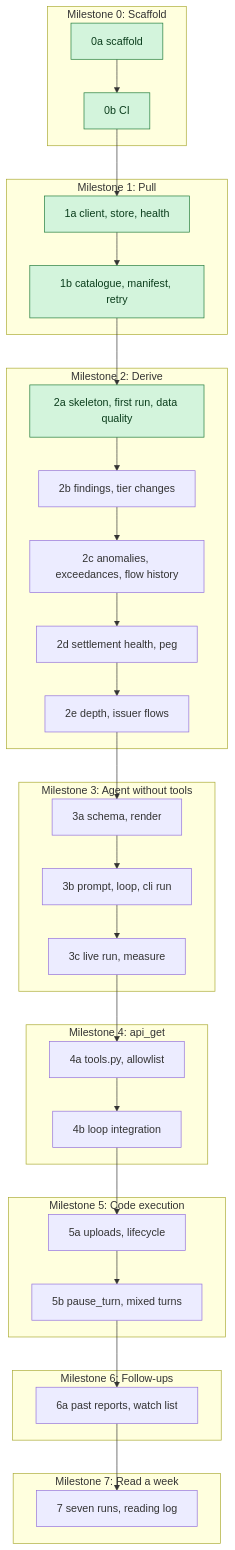
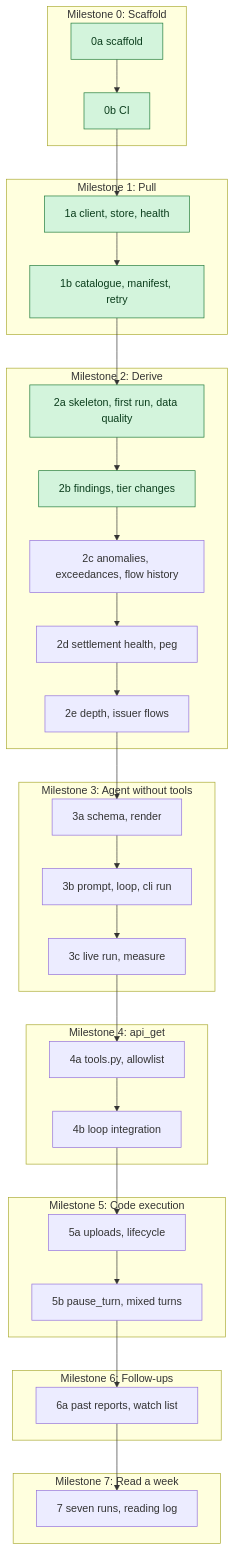
The diagram in docs/BUILD-PLAN.md (Jason-Dorman/agentic-liquidity-app-reporter), drawn with Mermaid before and after one commit. The commit also changed other lines of this file and 16 other files, not shown here.

````diff
--- a/docs/BUILD-PLAN.md
+++ b/docs/BUILD-PLAN.md
@@ -12,46 +12,47 @@
 ```mermaid
 flowchart TD
     subgraph M0["Milestone 0: Scaffold"]
         P0a["0a scaffold"] --> P0b["0b CI"]
     end
     subgraph M1["Milestone 1: Pull"]
         P1a["1a client, store, health"] --> P1b["1b catalogue, manifest, retry"]
     end
     subgraph M2["Milestone 2: Derive"]
         P2a["2a skeleton, first run, data quality"] --> P2b["2b findings, tier changes"]
         P2b --> P2c["2c anomalies, exceedances, flow history"]
         P2c --> P2d["2d settlement health, peg"]
         P2d --> P2e["2e depth, issuer flows"]
     end
     subgraph M3["Milestone 3: Agent without tools"]
         P3a["3a schema, render"] --> P3b["3b prompt, loop, cli run"]
         P3b --> P3c["3c live run, measure"]
     end
     subgraph M4["Milestone 4: api_get"]
         P4a["4a tools.py, allowlist"] --> P4b["4b loop integration"]
     end
     subgraph M5["Milestone 5: Code execution"]
         P5a["5a uploads, lifecycle"] --> P5b["5b pause_turn, mixed turns"]
     end
     subgraph M6["Milestone 6: Follow-ups"]
         P6a["6a past reports, watch list"]
     end
     subgraph M7["Milestone 7: Read a week"]
         P7["7 seven runs, reading log"]
     end
     P0b --> P1a
     P1b --> P2a
     P2e --> P3a
     P3c --> P4a
     P4b --> P5a
     P5b --> P6a
     P6a --> P7
 
     classDef done fill:#d3f4dc,stroke:#1f7a3a,color:#0b3d1c
     classDef progress fill:#fff2cc,stroke:#a67c00,color:#3d2e00
     class P0a done
     class P0b done
     class P1a done
     class P1b done
     class P2a done
+    class P2b done
 ```
````
